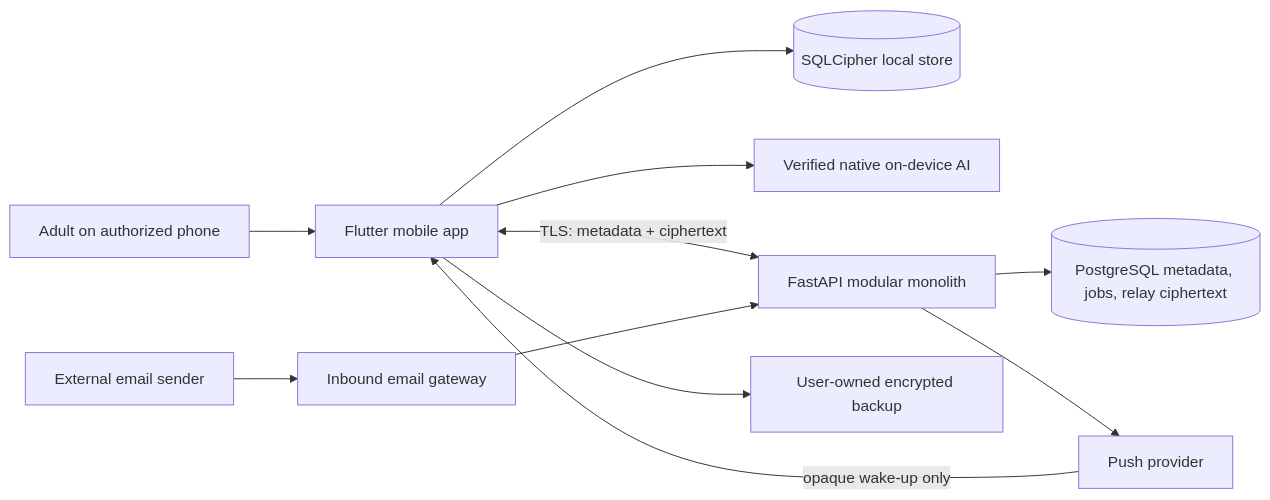
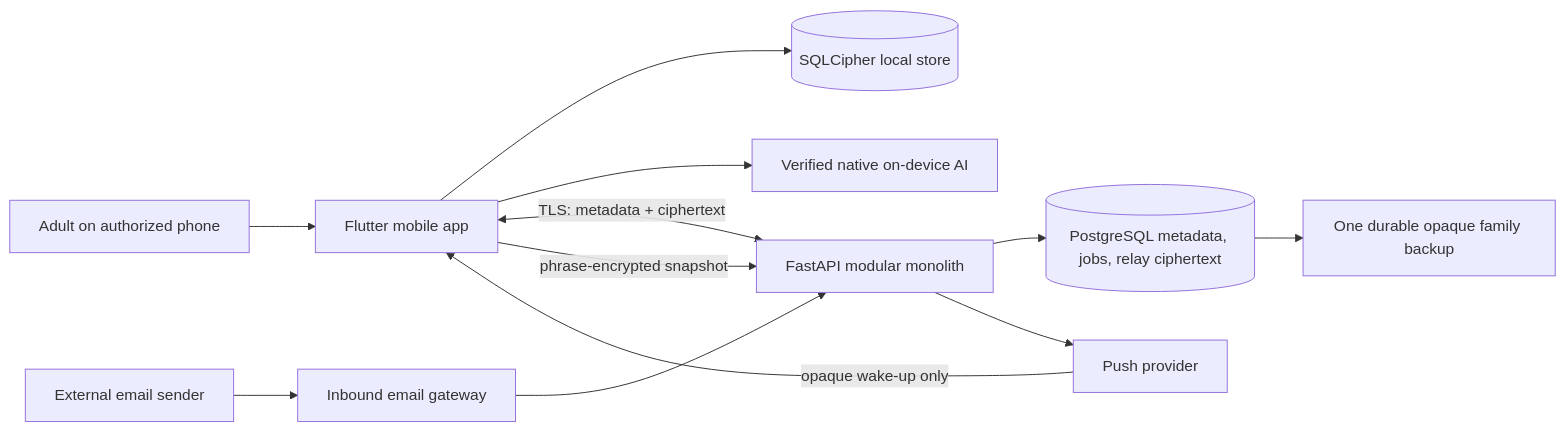
Before and after one commit to charan-varadharajan/sarti: the diagram in docs/architecture/ARCHITECTURE.md, drawn with Mermaid. The commit also changed other lines of this file and 38 other files, not shown here.

Commit message:
fix(backup): complete encrypted replacement-phone recovery (closes BUG-002)

````diff
--- a/docs/architecture/ARCHITECTURE.md
+++ b/docs/architecture/ARCHITECTURE.md
@@ -10,13 +10,14 @@
 ```mermaid
 flowchart LR
   Adult[Adult on authorized phone] --> App[Flutter mobile app]
   App --> Local[(SQLCipher local store)]
   App --> NativeAI[Verified native on-device AI]
   App <-->|TLS: metadata + ciphertext| API[FastAPI modular monolith]
   API --> PG[(PostgreSQL metadata, jobs, relay ciphertext)]
   Mail[External email sender] --> Gateway[Inbound email gateway]
   Gateway --> API
   API --> Push[Push provider]
   Push -->|opaque wake-up only| App
-  App --> Backup[User-owned encrypted backup]
+  App -->|phrase-encrypted snapshot| API
+  PG --> Backup[One durable opaque family backup]
 ```
````
